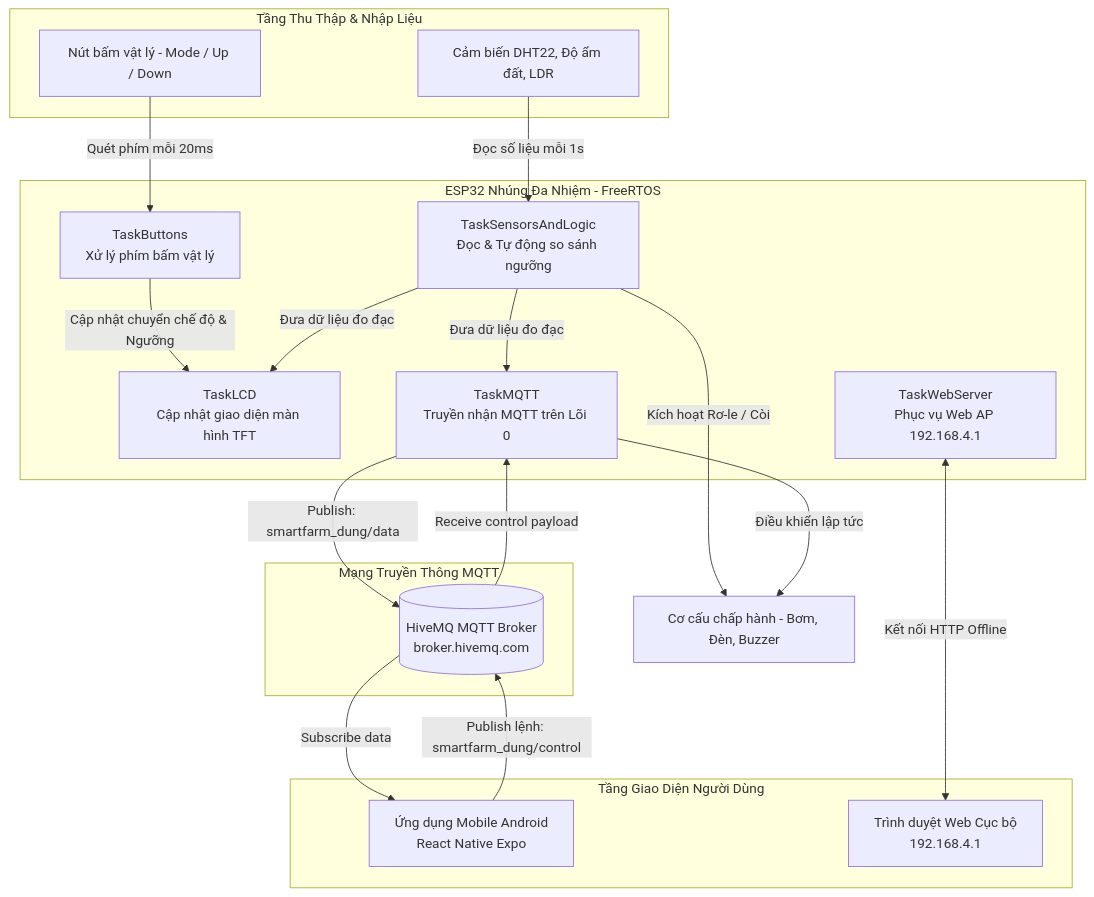
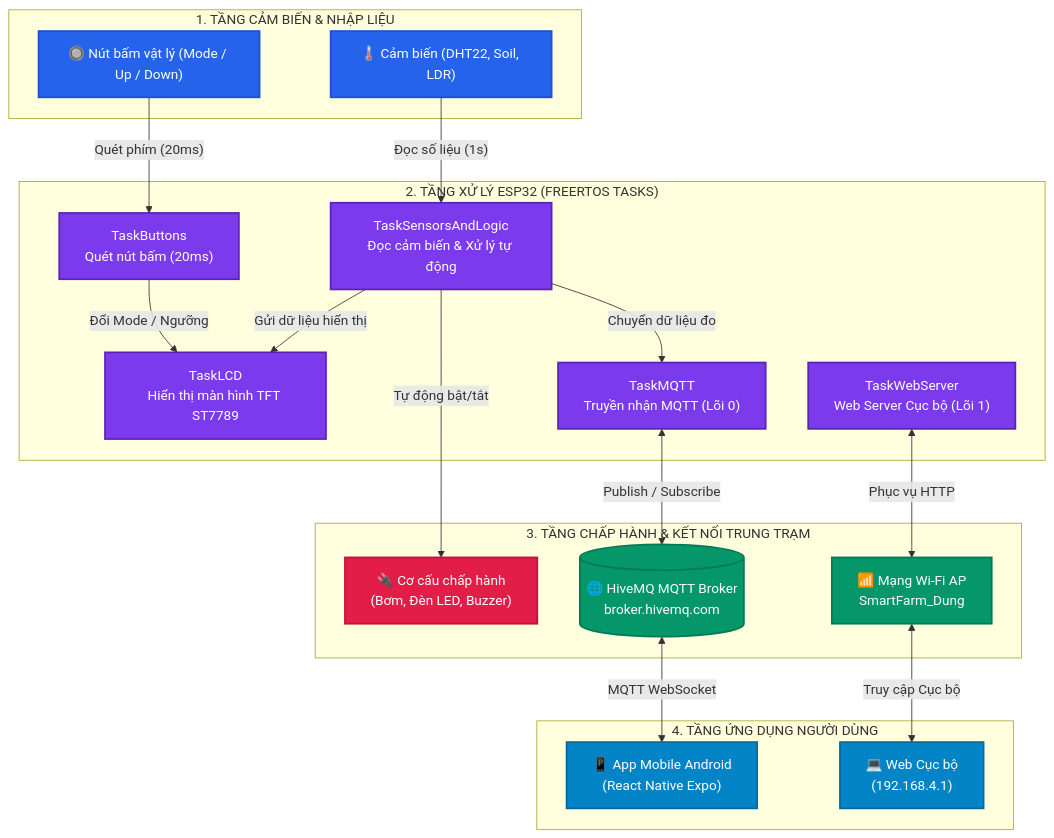
One commit to tranntnd27-lab/smart_iot_plant_app changed the second of 2 diagrams in README.md. Above: the diagram before and after it, drawn with Mermaid.

Commit message:
Fix mermaid syntax error in README

````diff
--- a/README.md
+++ b/README.md
@@ -161,41 +161,49 @@
 ```mermaid
 flowchart TD
-    subgraph Inputs ["Tầng Thu Thập & Nhập Liệu"]
-        Sensors["Cảm biến DHT22, Độ ẩm đất, LDR"]
-        Buttons["Nút bấm vật lý - Mode / Up / Down"]
+    %% Custom Styling Classes
+    classDef inputStyle fill:#2563eb,stroke:#1d4ed8,stroke-width:2px,color:#ffffff;
+    classDef taskStyle fill:#7c3aed,stroke:#5b21b6,stroke-width:2px,color:#ffffff;
+    classDef outputStyle fill:#e11d48,stroke:#be123c,stroke-width:2px,color:#ffffff;
+    classDef cloudStyle fill:#059669,stroke:#047857,stroke-width:2px,color:#ffffff;
+    classDef clientStyle fill:#0284c7,stroke:#0369a1,stroke-width:2px,color:#ffffff;
+
+    subgraph L1 ["1. TẦNG CẢM BIẾN & NHẬP LIỆU"]
+        Sensors["🌡️ Cảm biến (DHT22, Soil, LDR)"]:::inputStyle
+        Buttons["🔘 Nút bấm vật lý (Mode / Up / Down)"]:::inputStyle
     end
 
-    subgraph Controller ["ESP32 Nhúng Đa Nhiệm - FreeRTOS"]
-        tSensors["TaskSensorsAndLogic<br>Đọc & Tự động so sánh ngưỡng"]
-        tButtons["TaskButtons<br>Xử lý phím bấm vật lý"]
-        tLCD["TaskLCD<br>Cập nhật giao diện màn hình TFT"]
-        tWeb["TaskWebServer<br>Phục vụ Web AP 192.168.4.1"]
-        tMQTT["TaskMQTT<br>Truyền nhận MQTT trên Lõi 0"]
+    subgraph L2 ["2. TẦNG XỬ LÝ ESP32 (FREERTOS TASKS)"]
+        tSensors["TaskSensorsAndLogic<br/>Đọc cảm biến & Xử lý tự động"]:::taskStyle
+        tButtons["TaskButtons<br/>Quét nút bấm (20ms)"]:::taskStyle
+        tLCD["TaskLCD<br/>Hiển thị màn hình TFT ST7789"]:::taskStyle
+        tMQTT["TaskMQTT<br/>Truyền nhận MQTT (Lõi 0)"]:::taskStyle
+        tWeb["TaskWebServer<br/>Web Server Cục bộ (Lõi 1)"]:::taskStyle
     end
 
-    subgraph MQTTCloud ["Mạng Truyền Thông MQTT"]
-        Broker[("HiveMQ MQTT Broker<br>broker.hivemq.com")]
+    subgraph L3 ["3. TẦNG CHẤP HÀNH & KẾT NỐI TRUNG TRẠM"]
+        Actuators["🔌 Cơ cấu chấp hành<br/>(Bơm, Đèn LED, Buzzer)"]:::outputStyle
+        Broker[("🌐 HiveMQ MQTT Broker<br/>broker.hivemq.com")]:::cloudStyle
+        LocalAP["📶 Mạng Wi-Fi AP<br/>SmartFarm_Dung"]:::cloudStyle
     end
 
-    subgraph Client ["Tầng Giao Diện Người Dùng"]
-        MobileApp["Ứng dụng Mobile Android<br>React Native Expo"]
-        LocalWeb["Trình duyệt Web Cục bộ<br>192.168.4.1"]
+    subgraph L4 ["4. TẦNG ỨNG DỤNG NGƯỜI DÙNG"]
+        MobileApp["📱 App Mobile Android<br/>(React Native Expo)"]:::clientStyle
+        LocalWeb["💻 Web Cục bộ<br/>(192.168.4.1)"]:::clientStyle
     end
 
-    Sensors -->|"Đọc số liệu mỗi 1s"| tSensors
-    Buttons -->|"Quét phím mỗi 20ms"| tButtons
+    %% Luồng 1: Cảm biến -> Logic -> Chấp hành & MQTT (Đi thẳng xuống)
+    Sensors -->|"Đọc số liệu (1s)"| tSensors
+    tSensors -->|"Tự động bật/tắt"| Actuators
+    tSensors -->|"Chuyển dữ liệu đo"| tMQTT
+    tMQTT <-->|"Publish / Subscribe"| Broker
+    Broker <-->|"MQTT WebSocket"| MobileApp
 
-    tButtons -->|"Cập nhật chuyển chế độ & Ngưỡng"| tLCD
-    tSensors -->|"Đưa dữ liệu đo đạc"| tLCD
-    tSensors -->|"Kích hoạt Rơ-le / Còi"| Actuators["Cơ cấu chấp hành - Bơm, Đèn, Buzzer"]
+    %% Luồng 2: Nút bấm -> TaskButtons -> TaskLCD (Đi thẳng xuống)
+    Buttons -->|"Quét phím (20ms)"| tButtons
+    tButtons -->|"Đổi Mode / Ngưỡng"| tLCD
+    tSensors -->|"Gửi dữ liệu hiển thị"| tLCD
 
-    tWeb <-->|"Kết nối HTTP Offline"| LocalWeb
-
-    tSensors -->|"Đưa dữ liệu đo đạc"| tMQTT
-    tMQTT -->|"Publish: smartfarm_dung/data"| Broker
-    Broker -->|"Subscribe data"| MobileApp
-
-    MobileApp -->|"Publish lệnh: smartfarm_dung/control"| Broker
-    Broker -->|"Receive control payload"| tMQTT
-    tMQTT -->|"Điều khiển lập tức"| Actuators
+    %% Luồng 3: Web Server -> Wi-Fi AP -> Local Web (Đi thẳng xuống)
+    tWeb <-->|"Phục vụ HTTP"| LocalAP
+    LocalAP <-->|"Truy cập Cục bộ"| LocalWeb
 ```
````
